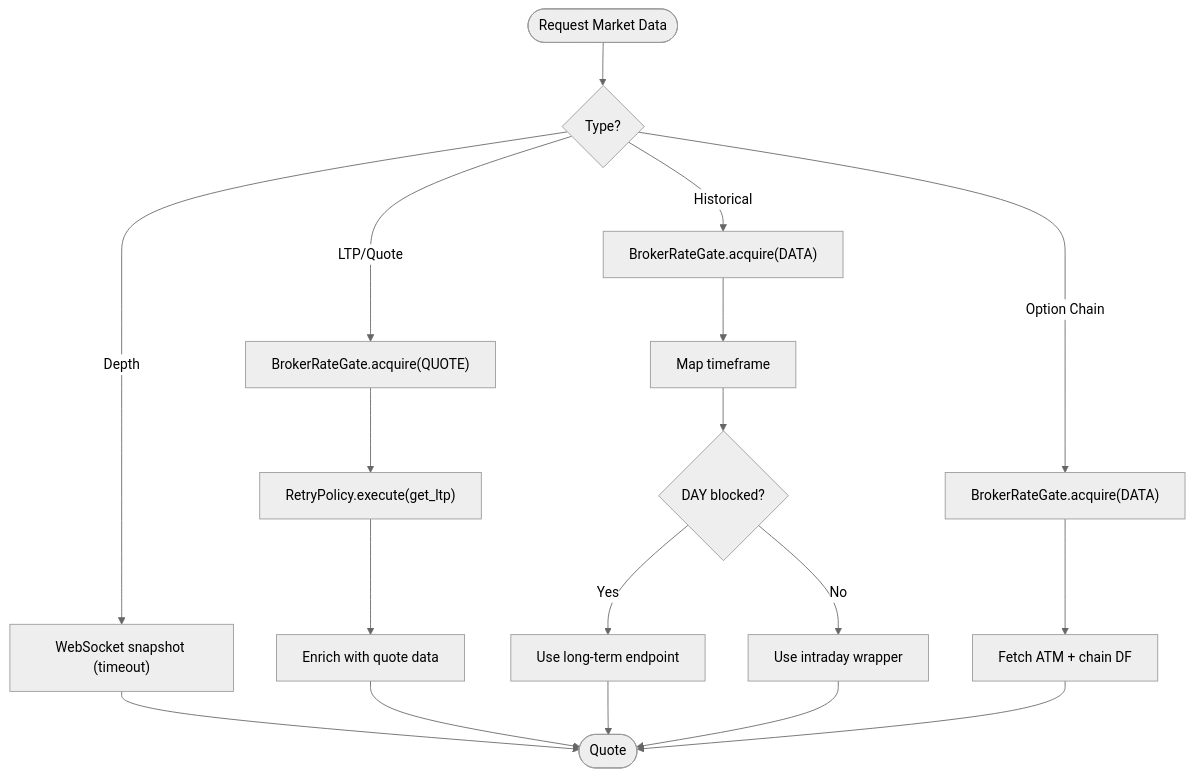
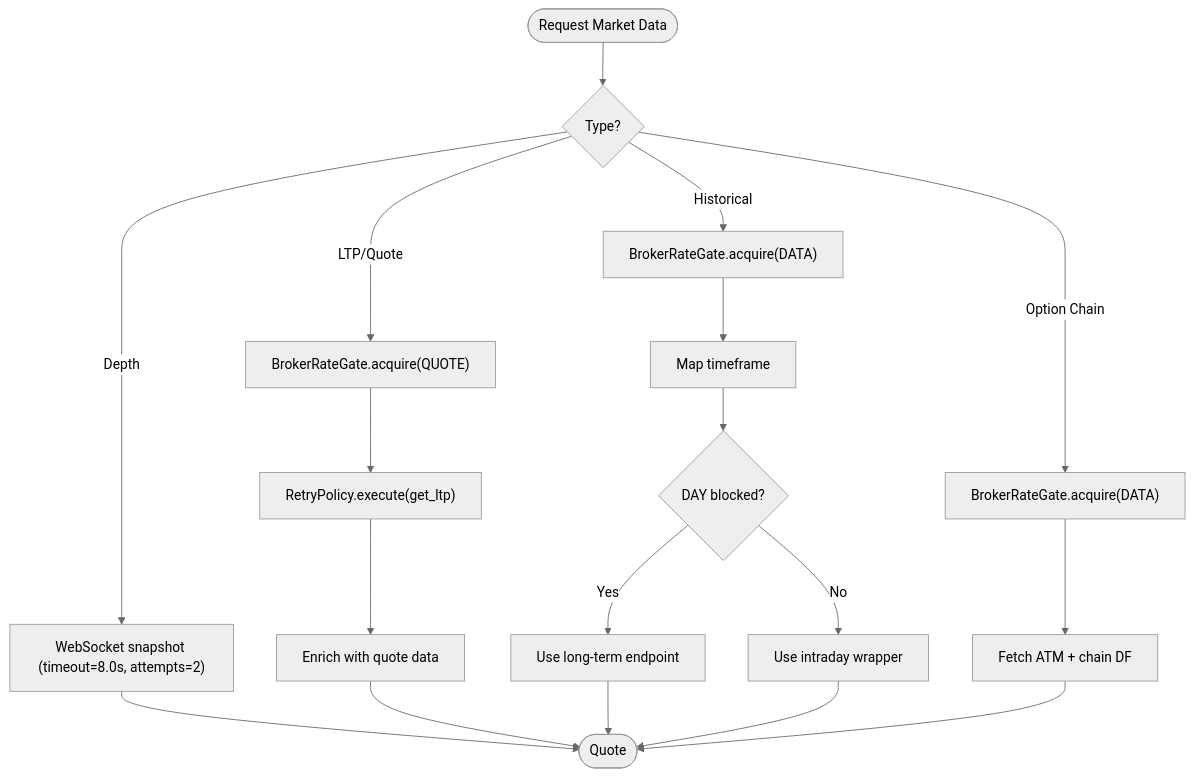
Before and after one commit to Ganesh-Kusundal/nTrade: diagram 14 of 17 in .qoder/repowiki/en/content/Broker Integration/Dhan Broker Implementation.md, drawn with Mermaid (neutral theme). The commit also changed other lines of this file and 2201 other files, not shown here.

Commit message:
Integrate completeness: live runner hardening, broker adapter layers, rate-limiting infrastructure, data pipeline (parquet OHLCV + ingestion scripts), contract testing framework, options analytics, and updated architecture/knowledge docs

````diff
--- a/.qoder/repowiki/en/content/Broker Integration/Dhan Broker Implementation.md
+++ b/.qoder/repowiki/en/content/Broker Integration/Dhan Broker Implementation.md
@@ -538,20 +651,20 @@
 ```mermaid
 flowchart TD
 Start(["Request Market Data"]) --> Type{"Type?"}
 Type --> |LTP/Quote| Gate["BrokerRateGate.acquire(QUOTE)"]
 Gate --> Retry["RetryPolicy.execute(get_ltp)"]
 Retry --> Enrich["Enrich with quote data"]
 Type --> |Historical| Gate2["BrokerRateGate.acquire(DATA)"]
 Gate2 --> TF["Map timeframe"]
 TF --> Path{"DAY blocked?"}
 Path --> |Yes| Daily["Use long-term endpoint"]
 Path --> |No| Intraday["Use intraday wrapper"]
 Type --> |Option Chain| Gate3["BrokerRateGate.acquire(DATA)"]
 Gate3 --> Fetch["Fetch ATM + chain DF"]
-Type --> |Depth| WS["WebSocket snapshot (timeout)"]
+Type --> |Depth| WS["WebSocket snapshot (timeout=8.0s, attempts=2)"]
 WS --> End(["MarketDepth"])
 Enrich --> End(["Quote"])
 Daily --> End
 Intraday --> End
 Fetch --> End
 ```
````
